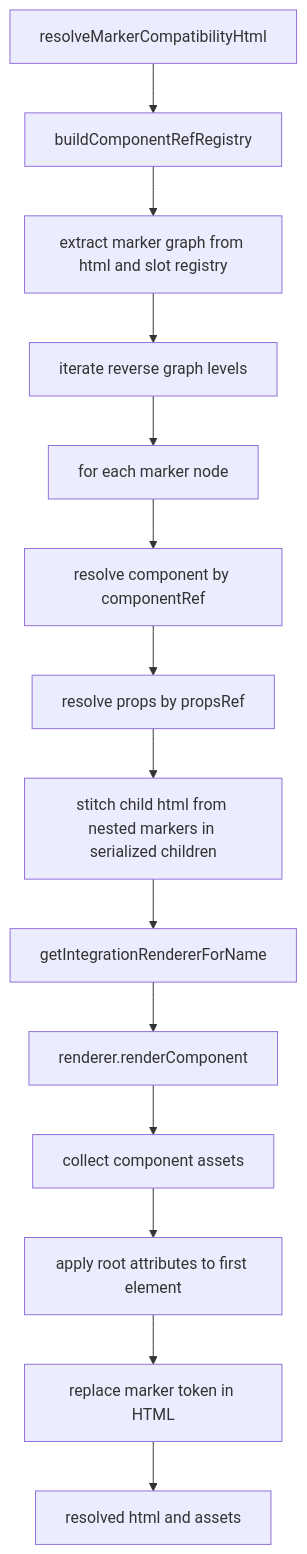
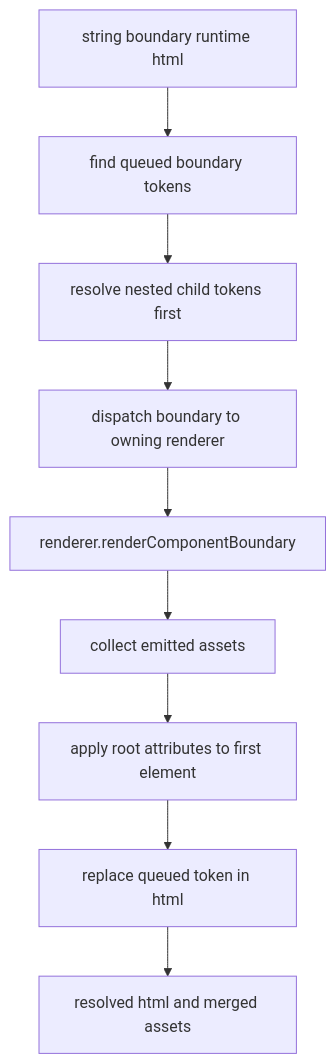
One commit to ecopages/ecopages changed the ninth of 11 diagrams in packages/core/src/route-renderer/GRAPH.md. Above: the diagram before and after it, drawn with Mermaid. The commit also changed other lines of this file and 41 other files, not shown here.

Commit message:
fix(renderer): resolve mixed boundaries inside owning renderers

````diff
--- a/packages/core/src/route-renderer/GRAPH.md
+++ b/packages/core/src/route-renderer/GRAPH.md
@@ -274,16 +256,11 @@
 ```mermaid
 flowchart TD
-  A[resolveMarkerCompatibilityHtml] --> B[buildComponentRefRegistry]
-  B --> C[extract marker graph from html and slot registry]
-  C --> D[iterate reverse graph levels]
-  D --> E[for each marker node]
-  E --> F[resolve component by componentRef]
-  F --> G[resolve props by propsRef]
-  G --> H[stitch child html from nested markers in serialized children]
-  H --> I[getIntegrationRendererForName]
-  I --> J[renderer.renderComponent]
-  J --> K[collect component assets]
-  K --> L[apply root attributes to first element]
-  L --> M[replace marker token in HTML]
-  M --> N[resolved html and assets]
+  A[string boundary runtime html] --> B[find queued boundary tokens]
+  B --> C[resolve nested child tokens first]
+  C --> D[dispatch boundary to owning renderer]
+  D --> E[renderer.renderComponentBoundary]
+  E --> F[collect emitted assets]
+  F --> G[apply root attributes to first element]
+  G --> H[replace queued token in html]
+  H --> I[resolved html and merged assets]
 ```
````
